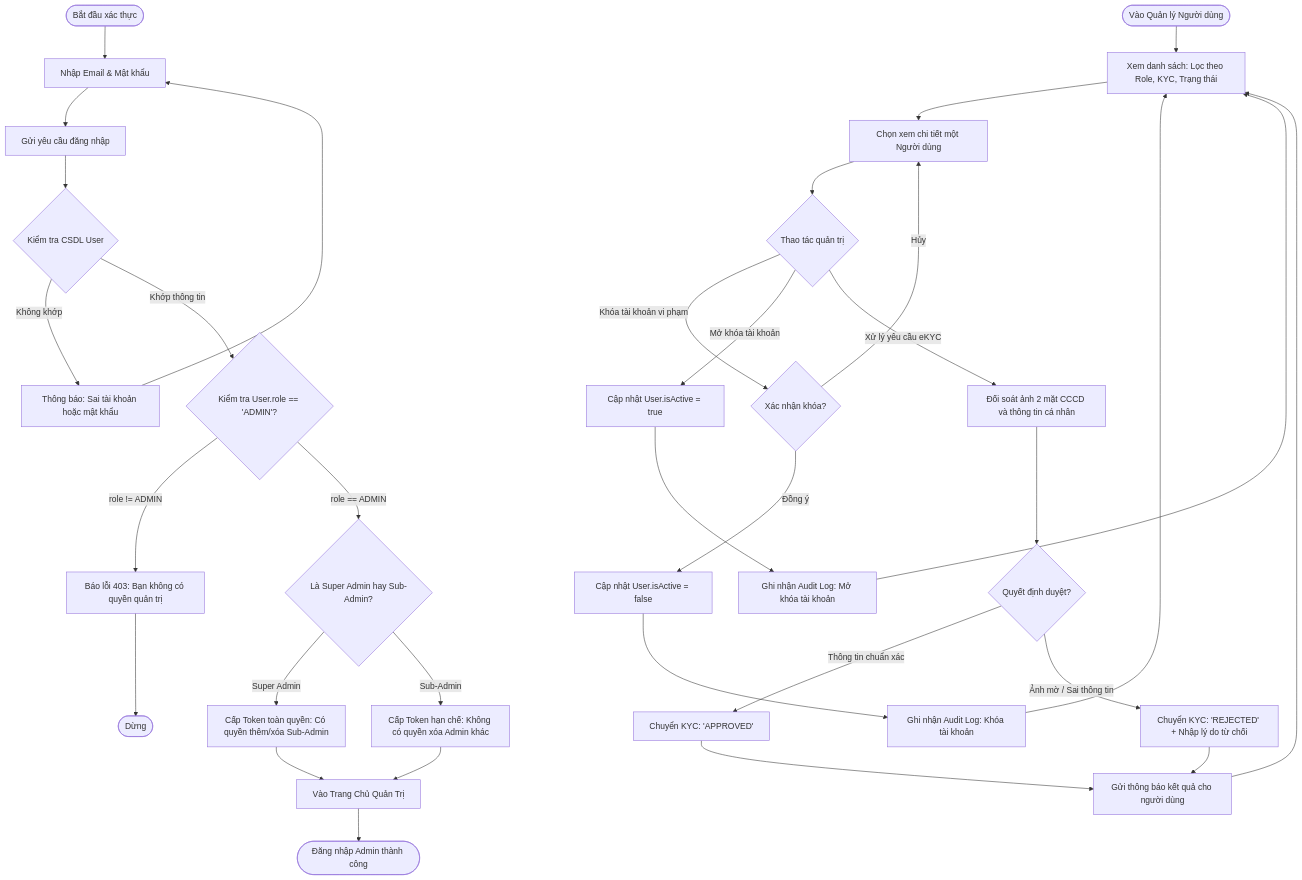
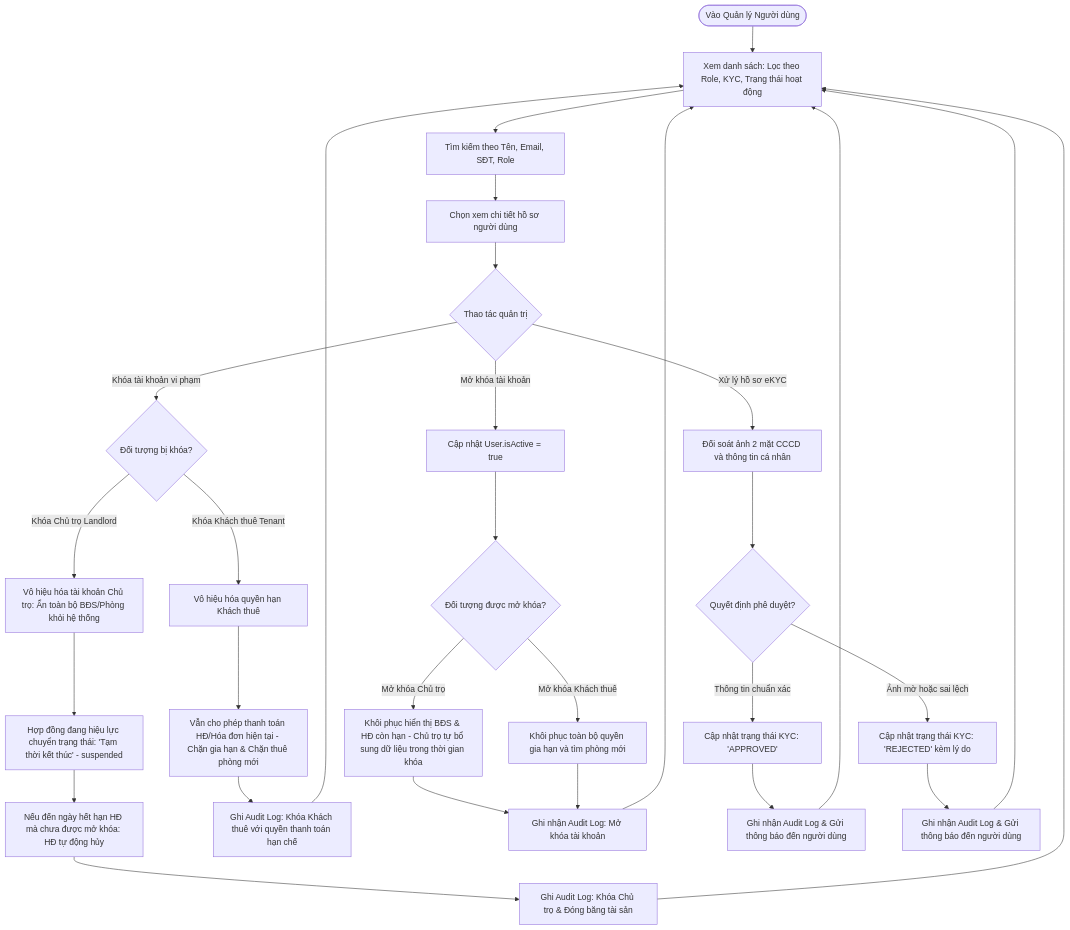
The third of 6 diagrams in phase-1/discovery/user_flow/admin_user_flow.md (pbl6-home-renter/docs), drawn with Mermaid before and after one commit. The commit also changed other lines of this file and 3 other files, not shown here.

````diff
--- a/phase-1/discovery/user_flow/admin_user_flow.md
+++ b/phase-1/discovery/user_flow/admin_user_flow.md
@@ -79,36 +84,38 @@
 ```mermaid
 flowchart TD
-    StartAuth([Bắt đầu xác thực]) --> EnterAdminCreds[Nhập Email & Mật khẩu]
-    EnterAdminCreds --> SubmitAdminLogin[Gửi yêu cầu đăng nhập]
-    StartUserMgmt([Vào Quản lý Người dùng]) --> ViewList[Xem danh sách: Lọc theo Role, KYC, Trạng thái]
-    ViewList --> SelectUser[Chọn xem chi tiết một Người dùng]
+    StartUserMgmt([Vào Quản lý Người dùng]) --> ViewList[Xem danh sách: Lọc theo Role, KYC, Trạng thái hoạt động]
+    ViewList --> SearchUser[Tìm kiếm theo Tên, Email, SĐT, Role]
+    SearchUser --> SelectUser[Chọn xem chi tiết hồ sơ người dùng]
+    
     SelectUser --> UserAction{Thao tác quản trị}
     
-    SubmitAdminLogin --> VerifyDB{Kiểm tra CSDL User}
-    VerifyDB -->|Không khớp| ShowFail[Thông báo: Sai tài khoản hoặc mật khẩu] --> EnterAdminCreds
-    %% Nhánh 1: Khóa / Mở khóa tài khoản
-    UserAction -->|Khóa tài khoản vi phạm| ConfirmLock{Xác nhận khóa?}
-    ConfirmLock -->|Đồng ý| LockAccount[Cập nhật User.isActive = false]
-    LockAccount --> AuditLock[Ghi nhận Audit Log: Khóa tài khoản] --> ViewList
-    ConfirmLock -->|Hủy| SelectUser
+    %% Nhánh 1: Khóa tài khoản vi phạm
+    UserAction -->|Khóa tài khoản vi phạm| CheckLockRole{Đối tượng bị khóa?}
     
-    VerifyDB -->|Khớp thông tin| CheckAdminEnum{Kiểm tra User.role == 'ADMIN'?}
-    CheckAdminEnum -->|role != ADMIN| Deny403[Báo lỗi 403: Bạn không có quyền quản trị] --> EndAuthDeny([Dừng])
+    CheckLockRole -->|Khóa Chủ trọ Landlord| LockLL[Vô hiệu hóa tài khoản Chủ trọ: Ẩn toàn bộ BĐS/Phòng khỏi hệ thống]
+    LockLL --> FreezeContracts[Hợp đồng đang hiệu lực chuyển trạng thái: 'Tạm thời kết thúc' - suspended]
+    FreezeContracts --> AutoExpireCheck[Nếu đến ngày hết hạn HĐ mà chưa được mở khóa: HĐ tự động hủy]
+    AutoExpireCheck --> AuditLockLL[Ghi Audit Log: Khóa Chủ trọ & Đóng băng tài sản] --> ViewList
+    
+    CheckLockRole -->|Khóa Khách thuê Tenant| LockTenant[Vô hiệu hóa quyền hạn Khách thuê]
+    LockTenant --> RestrictTenant[Vẫn cho phép thanh toán HĐ/Hóa đơn hiện tại - Chặn gia hạn & Chặn thuê phòng mới]
+    RestrictTenant --> AuditLockTT[Ghi Audit Log: Khóa Khách thuê với quyền thanh toán hạn chế] --> ViewList
+    
+    %% Nhánh 2: Mở khóa tài khoản
     UserAction -->|Mở khóa tài khoản| UnlockAccount[Cập nhật User.isActive = true]
-    UnlockAccount --> AuditUnlock[Ghi nhận Audit Log: Mở khóa tài khoản] --> ViewList
+    UnlockAccount --> CheckUnlockRole{Đối tượng được mở khóa?}
+    CheckUnlockRole -->|Mở khóa Chủ trọ| RestoreLL[Khôi phục hiển thị BĐS & HĐ còn hạn - Chủ trọ tự bổ sung dữ liệu trong thời gian khóa]
+    CheckUnlockRole -->|Mở khóa Khách thuê| RestoreTT[Khôi phục toàn bộ quyền gia hạn và tìm phòng mới]
+    RestoreLL --> AuditUnlock[Ghi nhận Audit Log: Mở khóa tài khoản] --> ViewList
+    RestoreTT --> AuditUnlock
     
-    CheckAdminEnum -->|role == ADMIN| CheckIsSuper{Là Super Admin hay Sub-Admin?}
-    CheckIsSuper -->|Super Admin| FullAccess[Cấp Token toàn quyền: Có quyền thêm/xóa Sub-Admin]
-    CheckIsSuper -->|Sub-Admin| RestrictedAccess[Cấp Token hạn chế: Không có quyền xóa Admin khác]
-    %% Nhánh 2: Đối soát & Phê duyệt eKYC (CCCD)
-    UserAction -->|Xử lý yêu cầu eKYC| ReviewCCCD[Đối soát ảnh 2 mặt CCCD và thông tin cá nhân]
-    ReviewCCCD --> DecisionKYC{Quyết định duyệt?}
-    DecisionKYC -->|Thông tin chuẩn xác| ApproveKYC[Chuyển KYC: 'APPROVED']
-    DecisionKYC -->|Ảnh mờ / Sai thông tin| RejectKYC[Chuyển KYC: 'REJECTED' + Nhập lý do từ chối]
+    %% Nhánh 3: Đối soát & Phê duyệt eKYC (CCCD)
+    UserAction -->|Xử lý hồ sơ eKYC| ReviewCCCD[Đối soát ảnh 2 mặt CCCD và thông tin cá nhân]
+    ReviewCCCD --> DecisionKYC{Quyết định phê duyệt?}
     
-    FullAccess --> EnterAdminDashboard[Vào Trang Chủ Quản Trị]
-    RestrictedAccess --> EnterAdminDashboard
-    EnterAdminDashboard --> EndAuthSuccess([Đăng nhập Admin thành công])
-    ApproveKYC --> NotifyKYC[Gửi thông báo kết quả cho người dùng] --> ViewList
-    RejectKYC --> NotifyKYC
+    DecisionKYC -->|Thông tin chuẩn xác| ApproveKYC[Cập nhật trạng thái KYC: 'APPROVED']
+    DecisionKYC -->|Ảnh mờ hoặc sai lệch| RejectKYC[Cập nhật trạng thái KYC: 'REJECTED' kèm lý do]
+    
+    ApproveKYC --> AuditKYC1[Ghi nhận Audit Log & Gửi thông báo đến người dùng] --> ViewList
+    RejectKYC --> AuditKYC2[Ghi nhận Audit Log & Gửi thông báo đến người dùng] --> ViewList
 ```
````
